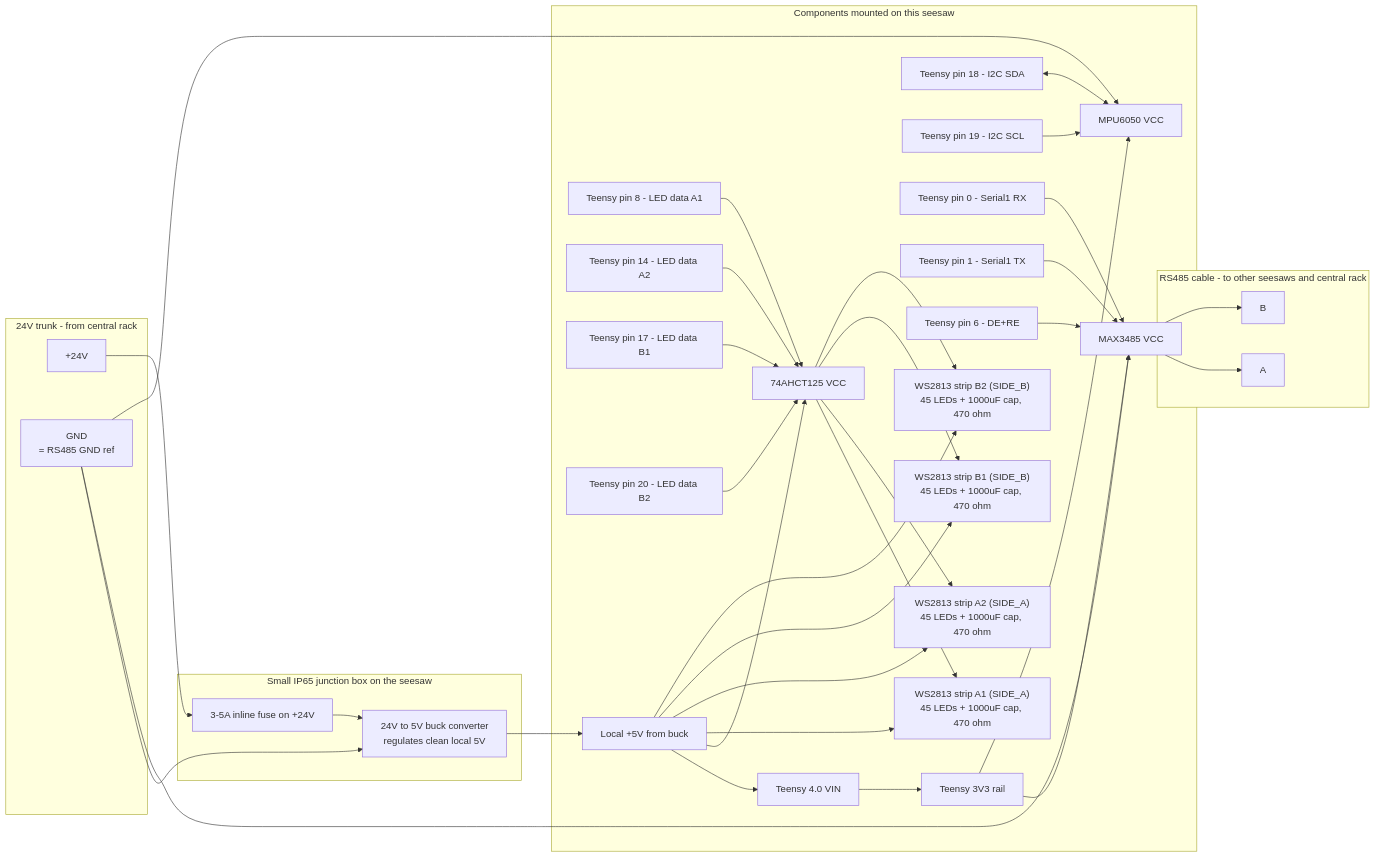
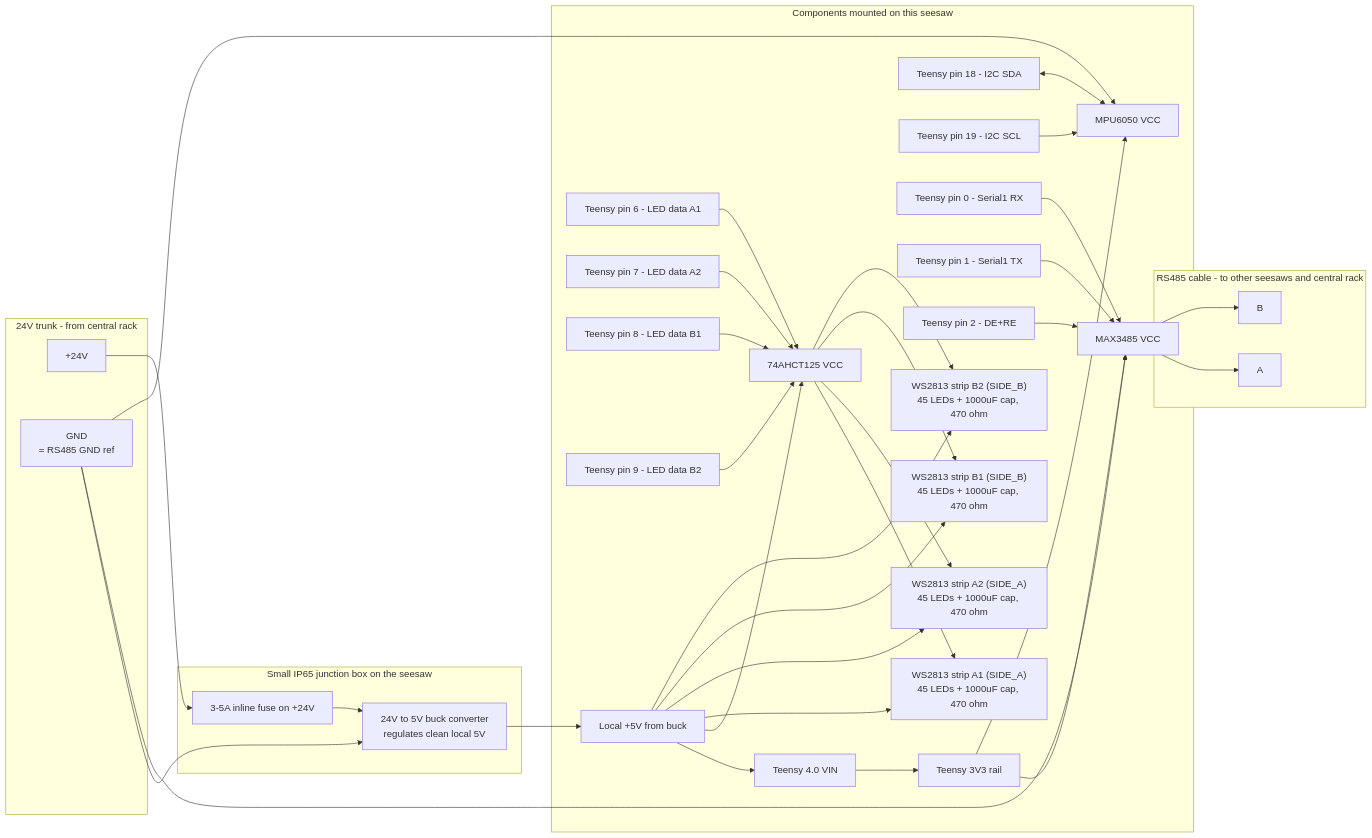
The second of 3 diagrams in README.md (walkerkaiman/Seesaws), drawn with Mermaid before and after one commit. The commit also changed other lines of this file and 13 other files, not shown here.

````diff
--- a/README.md
+++ b/README.md
@@ -125,60 +125,60 @@
 ```mermaid
 flowchart LR
     subgraph Trunk24 [24V trunk - from central rack]
         BusV["+24V"]
         BusG["GND<br/>= RS485 GND ref"]
     end
     subgraph RS485 [RS485 cable - to other seesaws and central rack]
         RA["A"]
         RB["B"]
     end
     subgraph IPbox [Small IP65 junction box on the seesaw]
         Fuse["3-5A inline fuse on +24V"]
         Buck["24V to 5V buck converter<br/>regulates clean local 5V"]
     end
     subgraph Onseesaw [Components mounted on this seesaw]
         Local5V["Local +5V from buck"]
         VIN["Teensy 4.0 VIN"]
         V3["Teensy 3V3 rail"]
         XCVR["MAX3485 VCC"]
         Shifter["74AHCT125 VCC"]
         MPU["MPU6050 VCC"]
         Pin18["Teensy pin 18 - I2C SDA"]
         Pin19["Teensy pin 19 - I2C SCL"]
-        Pin8["Teensy pin 8 - LED data A1"]
-        Pin14["Teensy pin 14 - LED data A2"]
-        Pin17["Teensy pin 17 - LED data B1"]
-        Pin20["Teensy pin 20 - LED data B2"]
+        Pin6["Teensy pin 6 - LED data A1"]
+        Pin7["Teensy pin 7 - LED data A2"]
+        Pin8["Teensy pin 8 - LED data B1"]
+        Pin9["Teensy pin 9 - LED data B2"]
         Pin0["Teensy pin 0 - Serial1 RX"]
         Pin1["Teensy pin 1 - Serial1 TX"]
-        Pin6["Teensy pin 6 - DE+RE"]
+        Pin2["Teensy pin 2 - DE+RE"]
         StripA1["WS2813 strip A1 (SIDE_A)<br/>45 LEDs + 1000uF cap, 470 ohm"]
         StripA2["WS2813 strip A2 (SIDE_A)<br/>45 LEDs + 1000uF cap, 470 ohm"]
         StripB1["WS2813 strip B1 (SIDE_B)<br/>45 LEDs + 1000uF cap, 470 ohm"]
         StripB2["WS2813 strip B2 (SIDE_B)<br/>45 LEDs + 1000uF cap, 470 ohm"]
     end
     BusV --> Fuse --> Buck --> Local5V
     BusG --> Buck
     BusG --> XCVR
     BusG --> MPU
     Local5V --> VIN
     Local5V --> Shifter
     Local5V --> StripA1
     Local5V --> StripA2
     Local5V --> StripB1
     Local5V --> StripB2
     VIN --> V3
     V3 --> XCVR
     V3 --> MPU
     Pin18 <--> MPU
     Pin19 --> MPU
-    Pin8 --> Shifter --> StripA1
-    Pin14 --> Shifter --> StripA2
-    Pin17 --> Shifter --> StripB1
-    Pin20 --> Shifter --> StripB2
+    Pin6 --> Shifter --> StripA1
+    Pin7 --> Shifter --> StripA2
+    Pin8 --> Shifter --> StripB1
+    Pin9 --> Shifter --> StripB2
     Pin0 --> XCVR
     Pin1 --> XCVR
-    Pin6 --> XCVR
+    Pin2 --> XCVR
     XCVR --> RA
     XCVR --> RB
 ```
````
